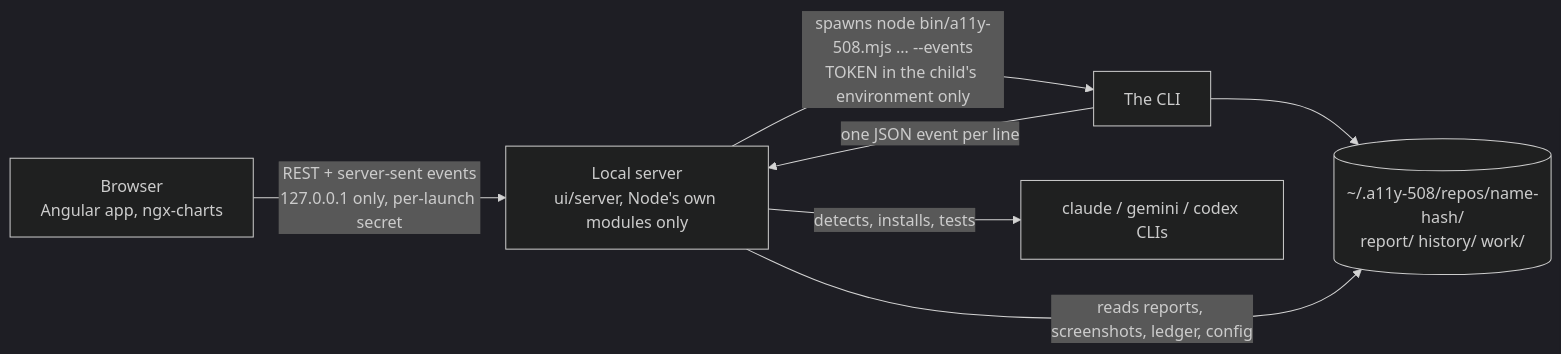
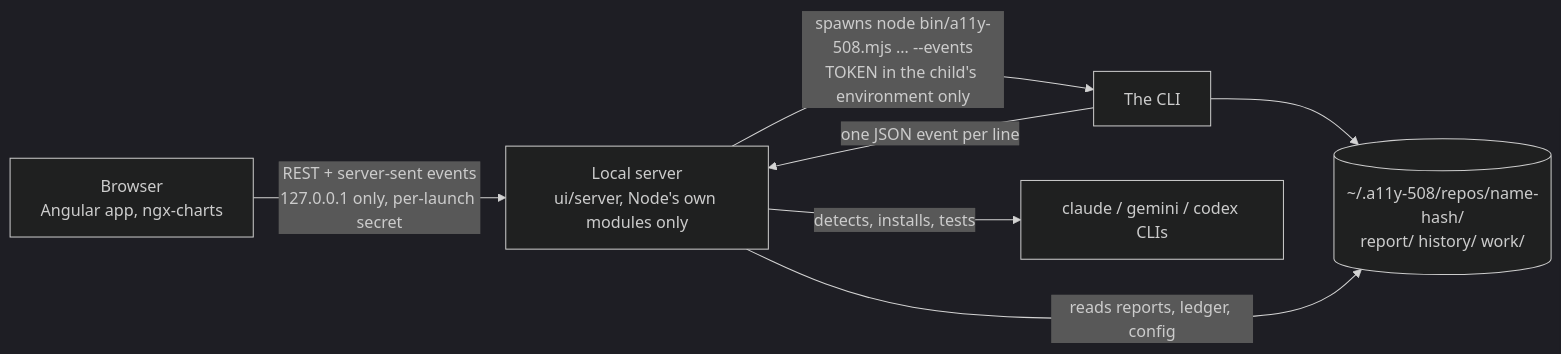
Before and after one commit to AiFirstDevelopment/a11y-508: the third of 3 diagrams in README.md, drawn with Mermaid (dark theme). The commit also changed other lines of this file and 57 other files, not shown here.

Commit message:
Screenshots removed: nothing reads them now that there is no human review

````diff
--- a/README.md
+++ b/README.md
@@ -341,9 +338,9 @@
 ```mermaid
 flowchart LR
   B[Browser<br/>Angular app, ngx-charts] -- "REST + server-sent events<br/>127.0.0.1 only, per-launch secret" --> S[Local server<br/>ui/server, Node's own modules only]
   S -- "spawns node bin/a11y-508.mjs … --events<br/>TOKEN in the child's environment only" --> C[The CLI]
   C -- "one JSON event per line" --> S
   C --> R[(~/.a11y-508/repos/name-hash/<br/>report/ history/ work/)]
-  S -- "reads reports, screenshots, ledger, config" --> R
+  S -- "reads reports, ledger, config" --> R
   S -- "detects, installs, tests" --> G[claude / gemini / codex CLIs]
 ```
````
